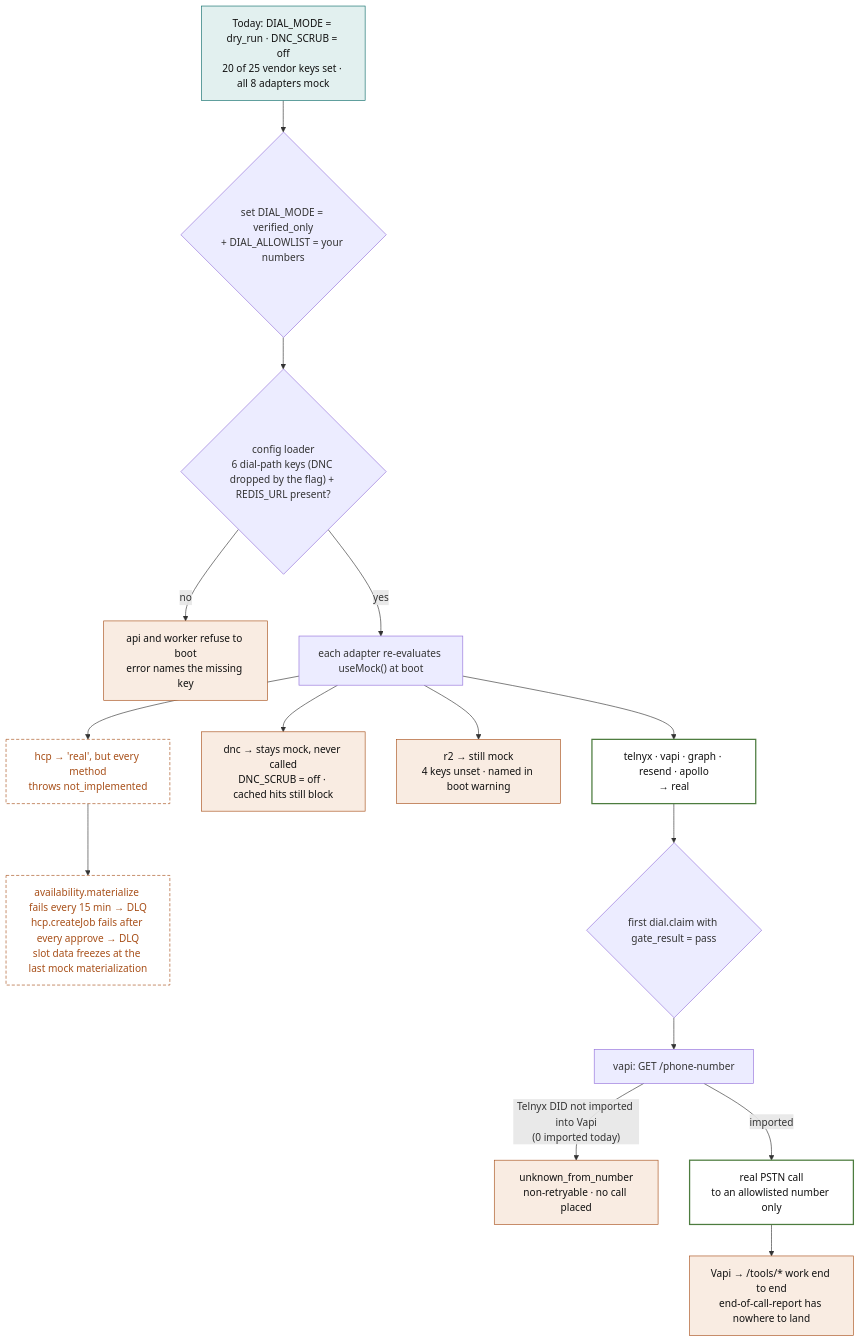
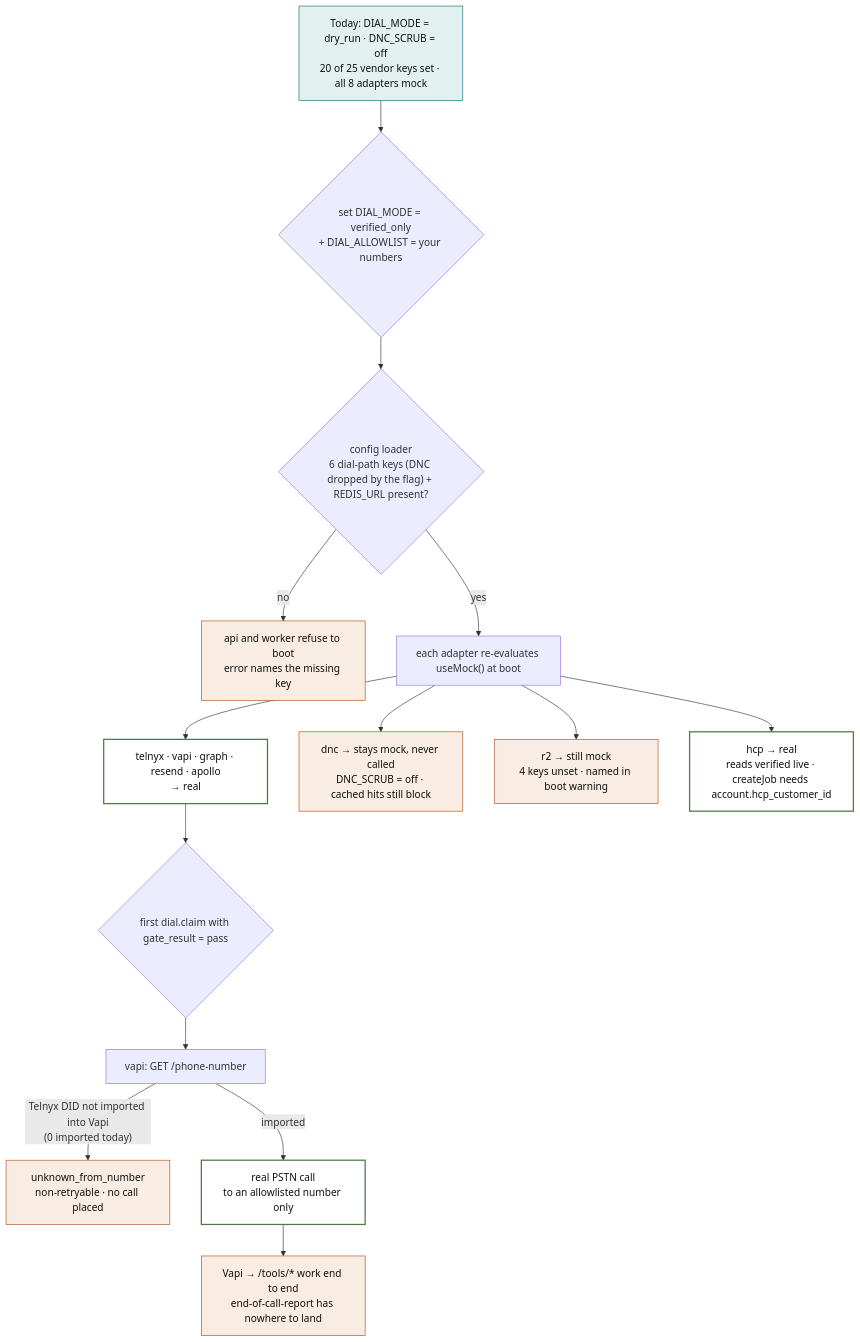
Before and after one commit to MAKaminski/tm-voice: the seventh of 7 diagrams in docs/ARCHITECTURE.md, drawn with Mermaid. The commit also changed other lines of this file and 7 other files, not shown here.

First line of the commit message:
feat(hcp): real Housecall Pro client — reads verified against the live account

````diff
--- a/docs/ARCHITECTURE.md
+++ b/docs/ARCHITECTURE.md
@@ -313,26 +313,24 @@
 ```mermaid
 flowchart TD
   classDef now fill:#e2f0ef,stroke:#0e6d6a,color:#111
   classDef ok fill:#fff,stroke:#4d7c3f,stroke-width:2px,color:#111
   classDef warn fill:#f9ece2,stroke:#a8501a,color:#111
   classDef gap fill:#fff,stroke:#a8501a,stroke-dasharray:5 3,color:#a8501a
 
   A["Today: DIAL_MODE = dry_run · DNC_SCRUB = off<br/>20 of 25 vendor keys set · all 8 adapters mock"]:::now
   A --> B{"set DIAL_MODE = verified_only<br/>+ DIAL_ALLOWLIST = your numbers"}
   B --> C{"config loader<br/>6 dial-path keys (DNC dropped by the flag) + REDIS_URL present?"}
   C -->|"no"| X["api and worker refuse to boot<br/>error names the missing key"]:::warn
   C -->|"yes"| D["each adapter re-evaluates useMock() at boot"]
 
   D --> E["telnyx · vapi · graph · resend · apollo<br/>→ real"]:::ok
   D --> F["dnc → stays mock, never called<br/>DNC_SCRUB = off · cached hits still block"]:::warn
   D --> G["r2 → still mock<br/>4 keys unset · named in boot warning"]:::warn
-  D --> H["hcp → 'real', but every method<br/>throws not_implemented"]:::gap
-
-  H --> H1["availability.materialize fails every 15 min → DLQ<br/>hcp.createJob fails after every approve → DLQ<br/>slot data freezes at the last mock materialization"]:::gap
+  D --> H["hcp → real<br/>reads verified live · createJob needs account.hcp_customer_id"]:::ok
 
   E --> J{"first dial.claim with gate_result = pass"}
   J --> K["vapi: GET /phone-number"]
   K -->|"Telnyx DID not imported into Vapi<br/>(0 imported today)"| L["unknown_from_number<br/>non-retryable · no call placed"]:::warn
   K -->|"imported"| M["real PSTN call<br/>to an allowlisted number only"]:::ok
   M --> N["Vapi → /tools/* work end to end<br/>end-of-call-report has nowhere to land"]:::warn
 ```
````
